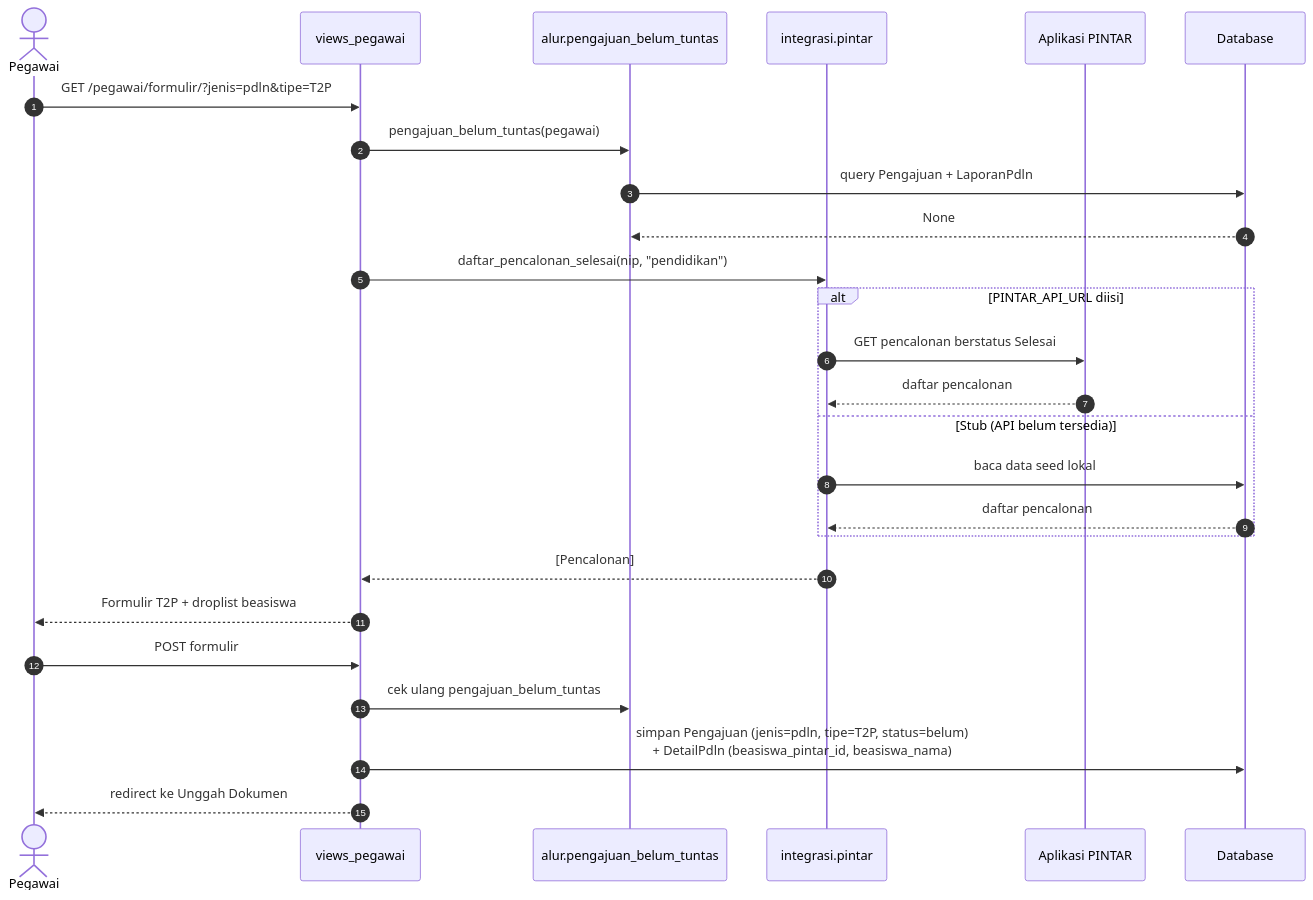
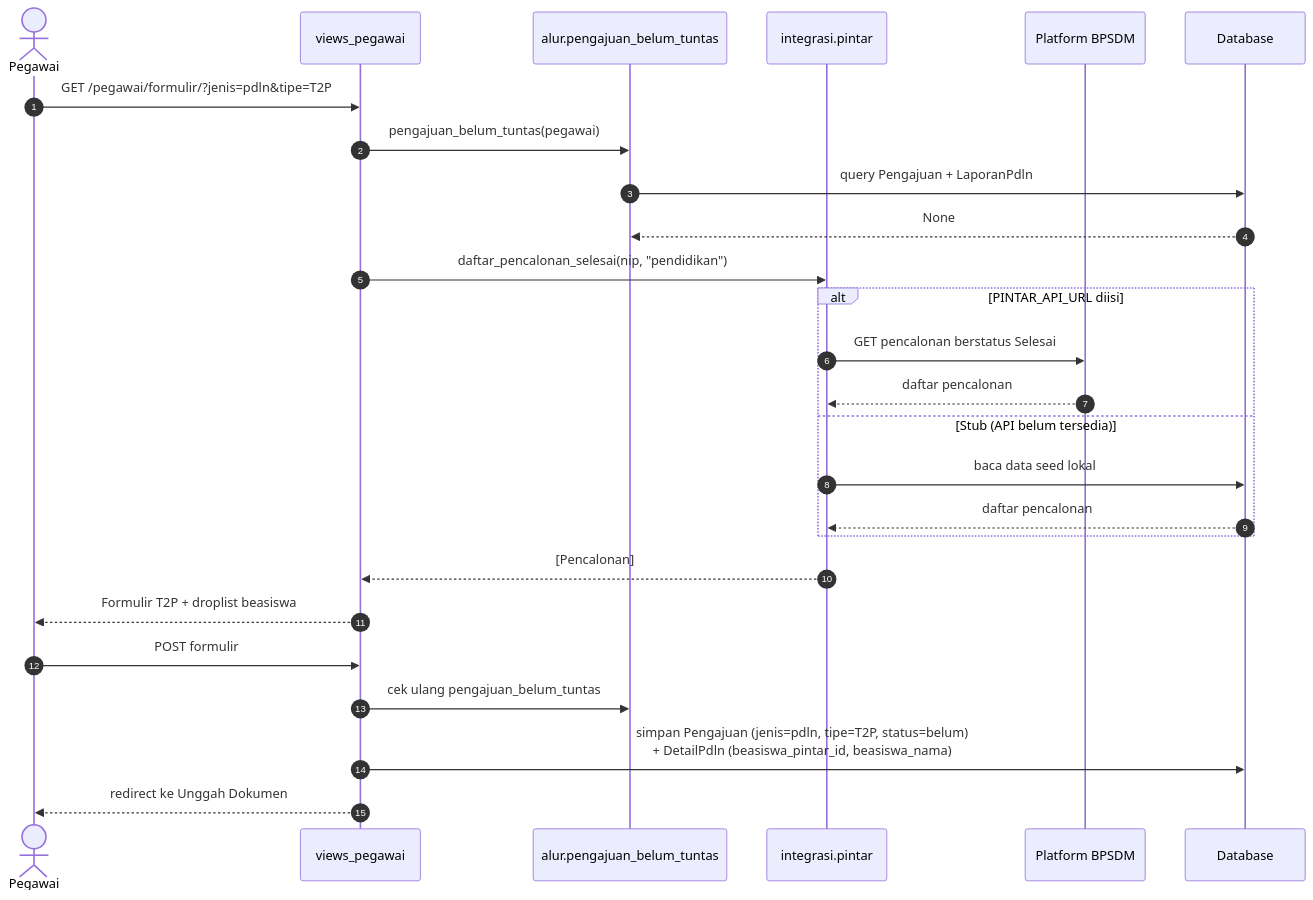
One commit to 413x1/paspor_django changed the first of 7 diagrams in wiki/perancangan/04_SEQUENCE_DIAGRAM.md. Above: the diagram before and after it, drawn with Mermaid. The commit also changed other lines of this file and 17 other files, not shown here.

Commit message:
refactor: ganti label Aplikasi PINTAR menjadi Platform BPSDM

````diff
--- a/wiki/perancangan/04_SEQUENCE_DIAGRAM.md
+++ b/wiki/perancangan/04_SEQUENCE_DIAGRAM.md
@@ -11,29 +11,29 @@
 ```mermaid
 sequenceDiagram
     autonumber
     actor P as Pegawai
     participant V as views_pegawai
     participant A as alur.pengajuan_belum_tuntas
     participant PT as integrasi.pintar
-    participant X as Aplikasi PINTAR
+    participant X as Platform BPSDM
     participant DB as Database
 
     P->>V: GET /pegawai/formulir/?jenis=pdln&tipe=T2P
     V->>A: pengajuan_belum_tuntas(pegawai)
     A->>DB: query Pengajuan + LaporanPdln
     DB-->>A: None
     V->>PT: daftar_pencalonan_selesai(nip, "pendidikan")
     alt PINTAR_API_URL diisi
         PT->>X: GET pencalonan berstatus Selesai
         X-->>PT: daftar pencalonan
     else Stub (API belum tersedia)
         PT->>DB: baca data seed lokal
         DB-->>PT: daftar pencalonan
     end
     PT-->>V: [Pencalonan]
     V-->>P: Formulir T2P + droplist beasiswa
     P->>V: POST formulir
     V->>A: cek ulang pengajuan_belum_tuntas
     V->>DB: simpan Pengajuan (jenis=pdln, tipe=T2P, status=belum)<br/>+ DetailPdln (beasiswa_pintar_id, beasiswa_nama)
     V-->>P: redirect ke Unggah Dokumen
 ```
````
